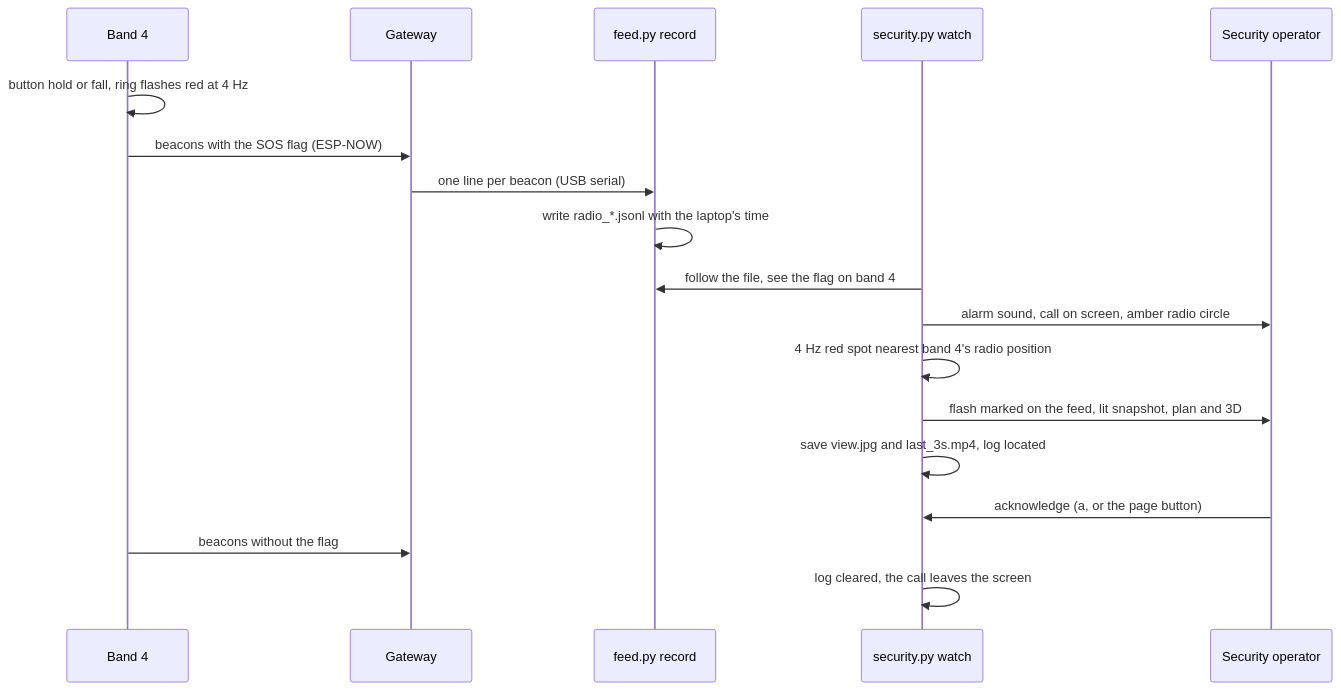
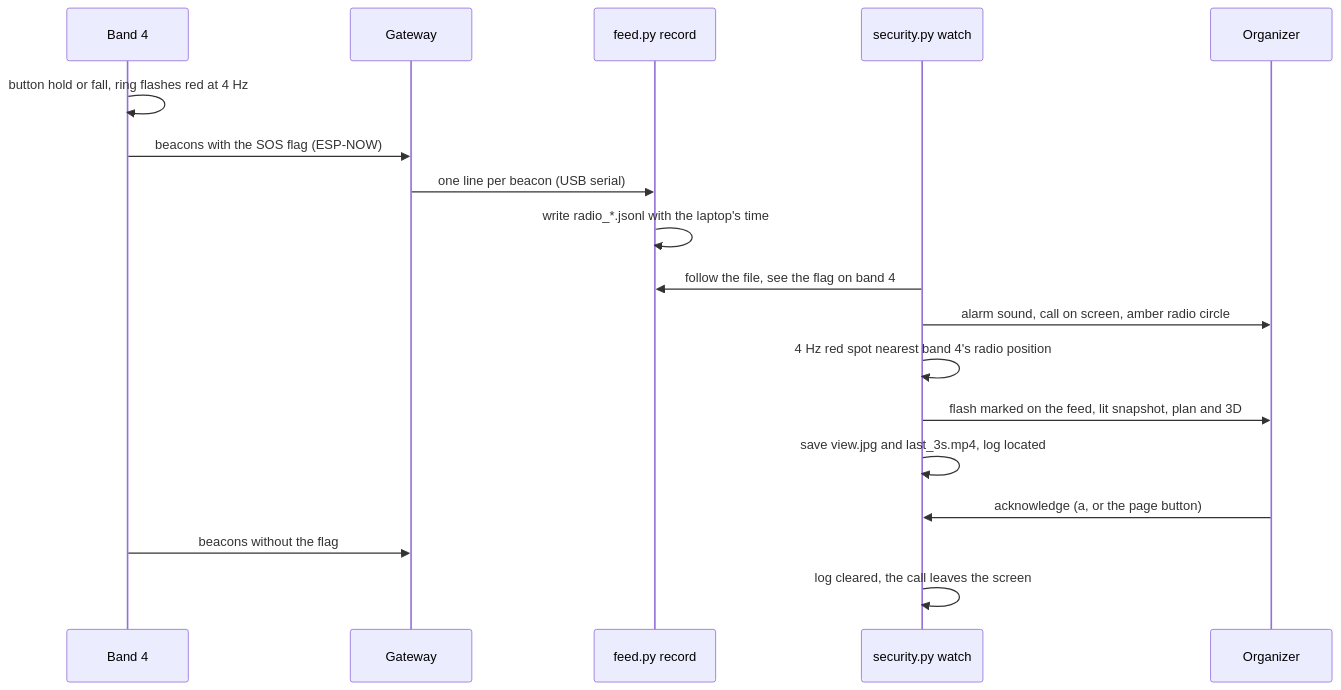
One commit to viktorinkov/cal-hacks-13 changed the second of 3 diagrams in System Design/4-devices/Vision.md. Above: the diagram before and after it, drawn with Mermaid. The commit also changed other lines of this file and 26 other files, not shown here.

````diff
--- a/System Design/4-devices/Vision.md
+++ b/System Design/4-devices/Vision.md
@@ -114,20 +135,20 @@
 ```mermaid
 sequenceDiagram
     participant B as Band 4
     participant G as Gateway
     participant R as feed.py record
     participant S as security.py watch
-    participant O as Security operator
+    participant O as Organizer
     B->>B: button hold or fall, ring flashes red at 4 Hz
     B->>G: beacons with the SOS flag (ESP-NOW)
     G->>R: one line per beacon (USB serial)
     R->>R: write radio_*.jsonl with the laptop's time
     S->>R: follow the file, see the flag on band 4
     S->>O: alarm sound, call on screen, amber radio circle
     S->>S: 4 Hz red spot nearest band 4's radio position
     S->>O: flash marked on the feed, lit snapshot, plan and 3D
     S->>S: save view.jpg and last_3s.mp4, log located
     O->>S: acknowledge (a, or the page button)
     B->>G: beacons without the flag
     S->>S: log cleared, the call leaves the screen
 ```
````
